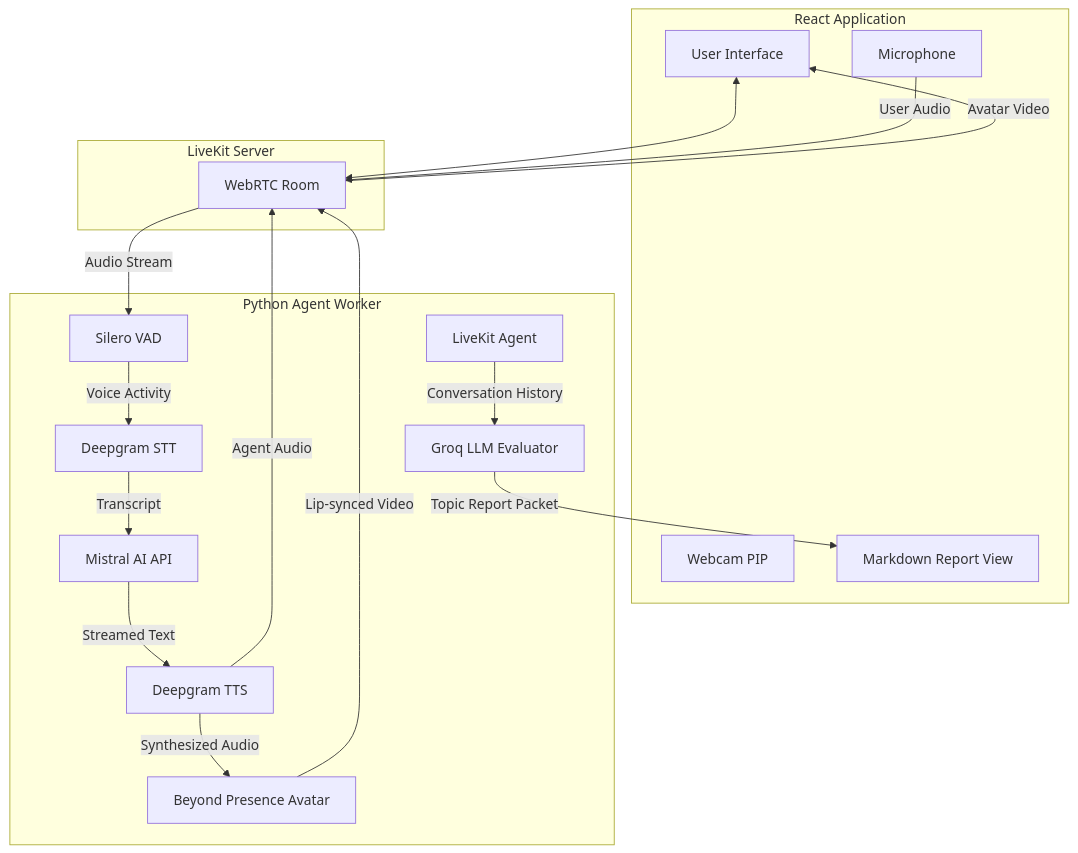
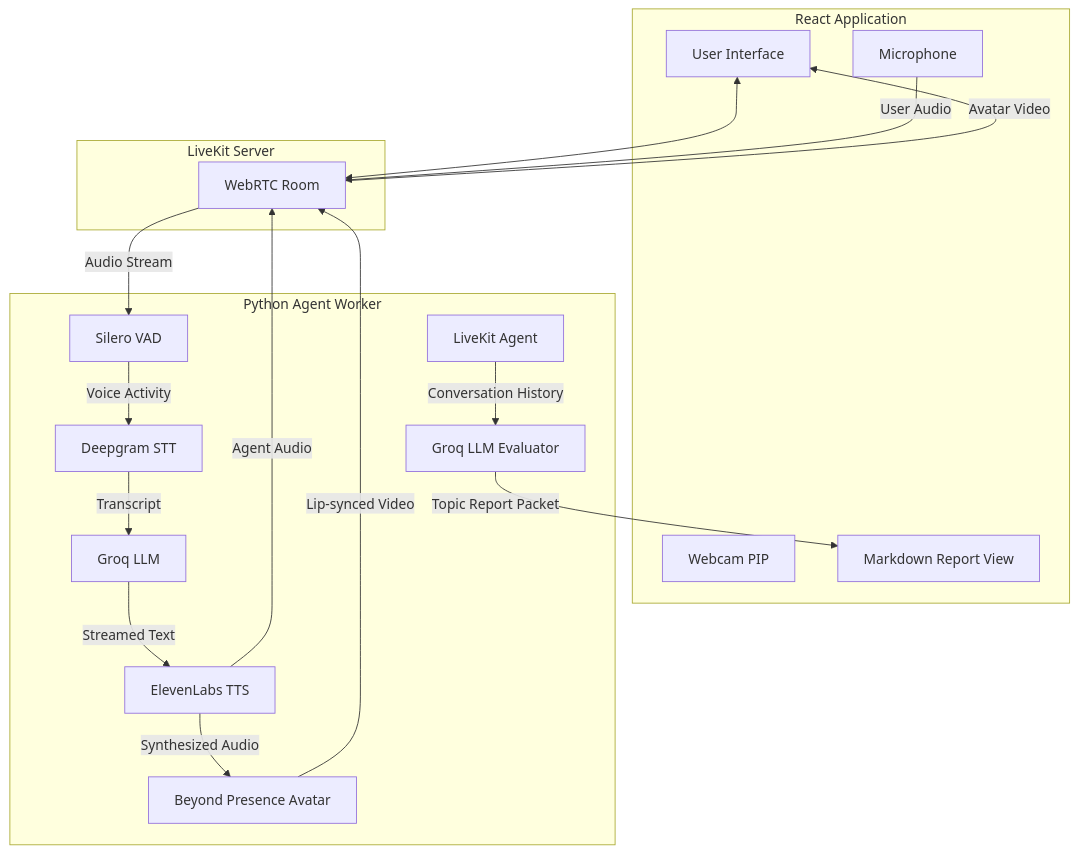
The first of 2 diagrams in README.md (shantanushinde99/TalkFlow-AI-), drawn with Mermaid before and after one commit. The commit also changed other lines of this file and 17 other files, not shown here.

````diff
--- a/README.md
+++ b/README.md
@@ -37,36 +37,36 @@
 ```mermaid
 graph TD
     subgraph Frontend [React Application]
         UI[User Interface]
         Mic[Microphone]
         Cam[Webcam PIP]
         Report[Markdown Report View]
     end
 
     subgraph Transport [LiveKit Server]
         RTC[WebRTC Room]
     end
 
     subgraph Backend [Python Agent Worker]
         Agent[LiveKit Agent]
         VAD[Silero VAD]
         STT[Deepgram STT]
-        LLM[Mistral AI API]
-        TTS[Deepgram TTS]
+        LLM[Groq LLM]
+        TTS[ElevenLabs TTS]
         Avatar[Beyond Presence Avatar]
         Evaluator[Groq LLM Evaluator]
     end
 
     UI <--> RTC
     Mic -->|User Audio| RTC
     RTC -->|Audio Stream| VAD
     VAD -->|Voice Activity| STT
     STT -->|Transcript| LLM
     LLM -->|Streamed Text| TTS
     TTS -->|Synthesized Audio| Avatar
     TTS -->|Agent Audio| RTC
     Avatar -->|Lip-synced Video| RTC
     RTC -->|Avatar Video| UI
     Agent -->|Conversation History| Evaluator
     Evaluator -->|Topic Report Packet| Report
 ```
````
